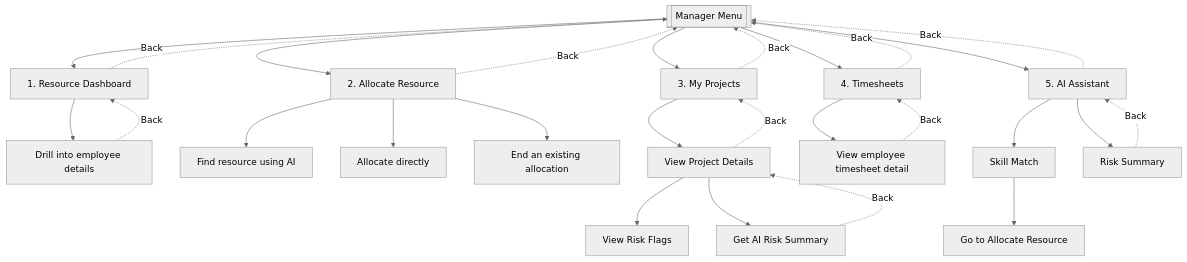
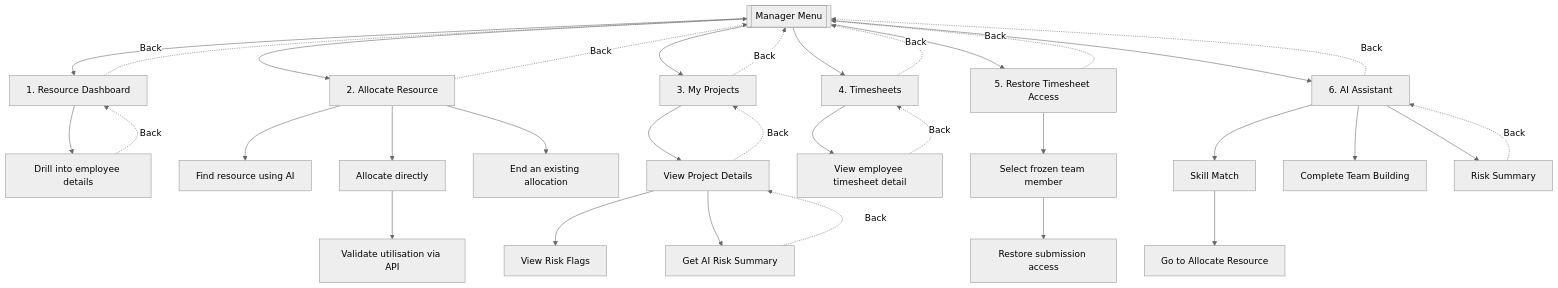
Before and after one commit to RiyaAmetaITT/Project-Resource-Management-tool: the third of 6 diagrams in UML Design/flow_diagrams.md, drawn with Mermaid (neutral theme). The commit also changed other lines of this file and 74 other files, not shown here.

````diff
--- a/UML Design/flow_diagrams.md
+++ b/UML Design/flow_diagrams.md
@@ -82,35 +86,42 @@
 ```mermaid
 flowchart TD
     ManagerMenu[[Manager Menu]]
-    
+
     ManagerMenu --> ResDash[1. Resource Dashboard]
     ResDash --> DrillEmp[Drill into employee details]
     DrillEmp -. "Back" .-> ResDash
     ResDash -. "Back" .-> ManagerMenu
-    
+
     ManagerMenu --> AllocRes[2. Allocate Resource]
     AllocRes --> AIAlloc[Find resource using AI]
     AllocRes --> DirectAlloc[Allocate directly]
+    DirectAlloc --> ValidateUtil[Validate utilisation via API]
     AllocRes --> EndAlloc[End an existing allocation]
     AllocRes -. "Back" .-> ManagerMenu
-    
+
     ManagerMenu --> MyProj[3. My Projects]
     MyProj --> ProjDetail[View Project Details]
     ProjDetail --> RiskFlags[View Risk Flags]
     ProjDetail --> AIRisk[Get AI Risk Summary]
     AIRisk -. "Back" .-> ProjDetail
     ProjDetail -. "Back" .-> MyProj
     MyProj -. "Back" .-> ManagerMenu
-    
+
     ManagerMenu --> Timesheets[4. Timesheets]
     Timesheets --> ViewEmpTS[View employee timesheet detail]
     ViewEmpTS -. "Back" .-> Timesheets
     Timesheets -. "Back" .-> ManagerMenu
-    
-    ManagerMenu --> AIAssist[5. AI Assistant]
+
+    ManagerMenu --> RestoreTS[5. Restore Timesheet Access]
+    RestoreTS --> PickFrozen[Select frozen team member]
+    PickFrozen --> Unfreeze[Restore submission access]
+    RestoreTS -. "Back" .-> ManagerMenu
+
+    ManagerMenu --> AIAssist[6. AI Assistant]
     AIAssist --> SkillMatch[Skill Match]
     SkillMatch --> GoToAlloc[Go to Allocate Resource]
+    AIAssist --> TeamBuild[Complete Team Building]
     AIAssist --> RiskSumm[Risk Summary]
     RiskSumm -. "Back" .-> AIAssist
     AIAssist -. "Back" .-> ManagerMenu
 ```
````
